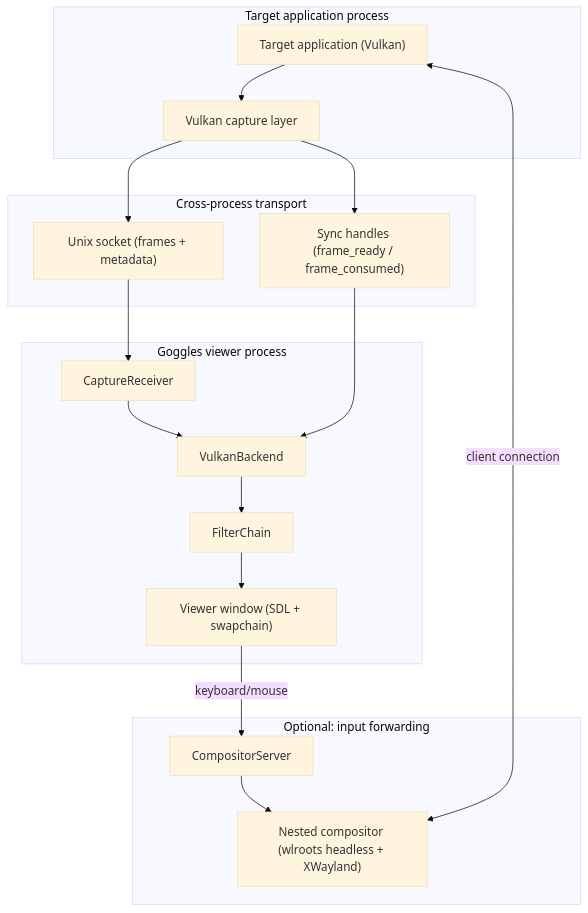
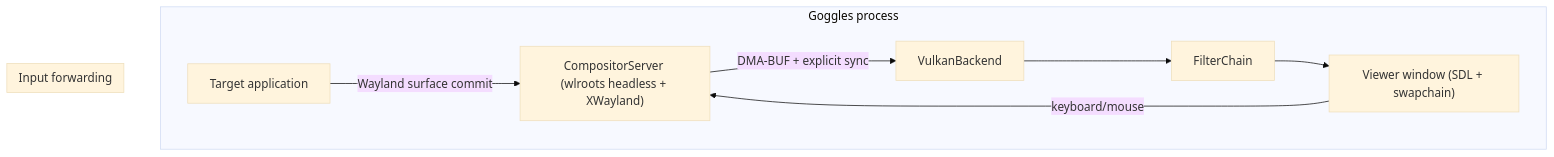
The diagram in docs/architecture.md (K1ngst0m/Goggles), drawn with Mermaid (base theme) before and after one commit. The commit also changed other lines of this file and 72 other files, not shown here.

First line of the commit message:
refactor(capture): drop vk layer capture in favor of compositor

````diff
--- a/docs/architecture.md
+++ b/docs/architecture.md
@@ -11,32 +11,15 @@
 ```mermaid
 flowchart TB
-  %% High-level overview: frame path + optional input forwarding.
-
-  subgraph AppProc["Target application process"]
-    App["Target application (Vulkan)"]
-    Layer["Vulkan capture layer"]
-    App --> Layer
+  subgraph Goggles["Goggles process"]
+    Compositor["CompositorServer (wlroots headless + XWayland)"]
+    App["Target application"]
+    App -->|"Wayland surface commit"| Compositor
+    Compositor -->|"DMA-BUF + explicit sync"| Render["VulkanBackend"]
+    Render --> Chain["FilterChain"]
+    Chain --> Window["Viewer window (SDL + swapchain)"]
   end
 
-  subgraph IPC["Cross-process transport"]
-    Socket["Unix socket (frames + metadata)"]
-    Sync["Sync handles (frame_ready / frame_consumed)"]
-  end
-
-  subgraph Goggles["Goggles viewer process"]
-    Receiver["CaptureReceiver"]
-    Render["VulkanBackend"]
-    Chain["FilterChain"]
-    Window["Viewer window (SDL + swapchain)"]
-    Receiver --> Render --> Chain --> Window
-  end
-
-  Layer --> Socket --> Receiver
-  Layer --> Sync --> Render
-
-  subgraph Input["Optional: input forwarding"]
-    Window -->|"keyboard/mouse"| Compositor["CompositorServer"]
-    Compositor --> Nested["Nested compositor (wlroots headless + XWayland)"]
-    App <-->|"client connection"| Nested
+  subgraph Input["Input forwarding"]
+    Window -->|"keyboard/mouse"| Compositor
   end
 ```
````
